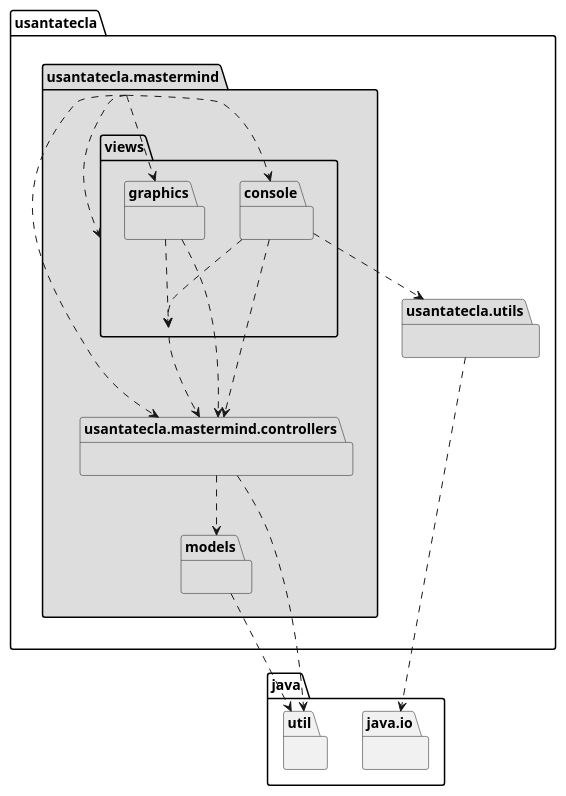
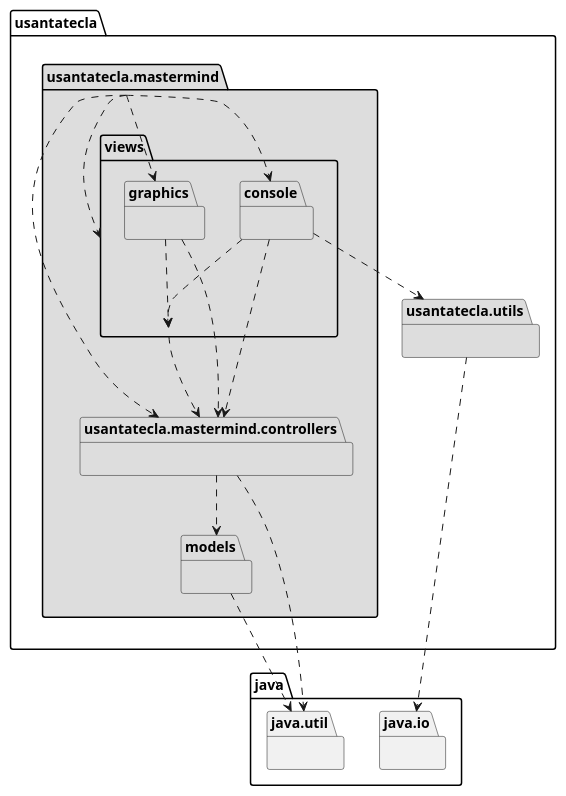
Before and after one commit to SantaTecla-mastermind/solution.java.swing.socket.sql: the diagram in modelViewPresenter/presentationModel/withoutDoubleDispatching/docs/diagrams/src/arquitectura.plantuml, drawn with PlantUML. The commit also changed other lines of this file and 1 other file, not shown here.

```diff
--- a/modelViewPresenter/presentationModel/withoutDoubleDispatching/docs/diagrams/src/arquitectura.plantuml
+++ b/modelViewPresenter/presentationModel/withoutDoubleDispatching/docs/diagrams/src/arquitectura.plantuml
@@ -1,33 +1,33 @@
 @startuml arquitectura
 package usantatecla.mastermind #DDDDDD { }
 
 package usantatecla.mastermind.controllers #DDDDDD { }
 usantatecla.mastermind.controllers .down.> usantatecla.mastermind.models
 usantatecla.mastermind  .down.> usantatecla.mastermind.views
 usantatecla.mastermind  .down.> usantatecla.mastermind.views.console
 usantatecla.mastermind  .down.> usantatecla.mastermind.views.graphics
 usantatecla.mastermind  .down.> usantatecla.mastermind.controllers
-usantatecla.mastermind.controllers .down.> java.util
+
 package usantatecla.mastermind.models #DDDDDD { }
 package java.util{ }
 usantatecla.mastermind.models .down.> java.util
 
 package usantatecla.utils #DDDDDD { }
 package java.io{ }
 usantatecla.utils .down.> java.io
 
 package usantatecla.mastermind.views #DDDDDD { }
 usantatecla.mastermind.views .down.> usantatecla.mastermind.controllers
 
 package usantatecla.mastermind.views.console #DDDDDD { }
 usantatecla.mastermind.views.console .down.> usantatecla.mastermind.controllers
 usantatecla.mastermind.views.console .down.> usantatecla.mastermind.views
 usantatecla.mastermind.views.console .down.> usantatecla.utils
 
 package usantatecla.mastermind.views.graphics #DDDDDD { }
 
 usantatecla.mastermind.views.graphics .down.> usantatecla.mastermind.controllers
 
 usantatecla.mastermind.views.graphics .down.> usantatecla.mastermind.views
-
+usantatecla.mastermind.controllers .down.> java.util
 @enduml
```
